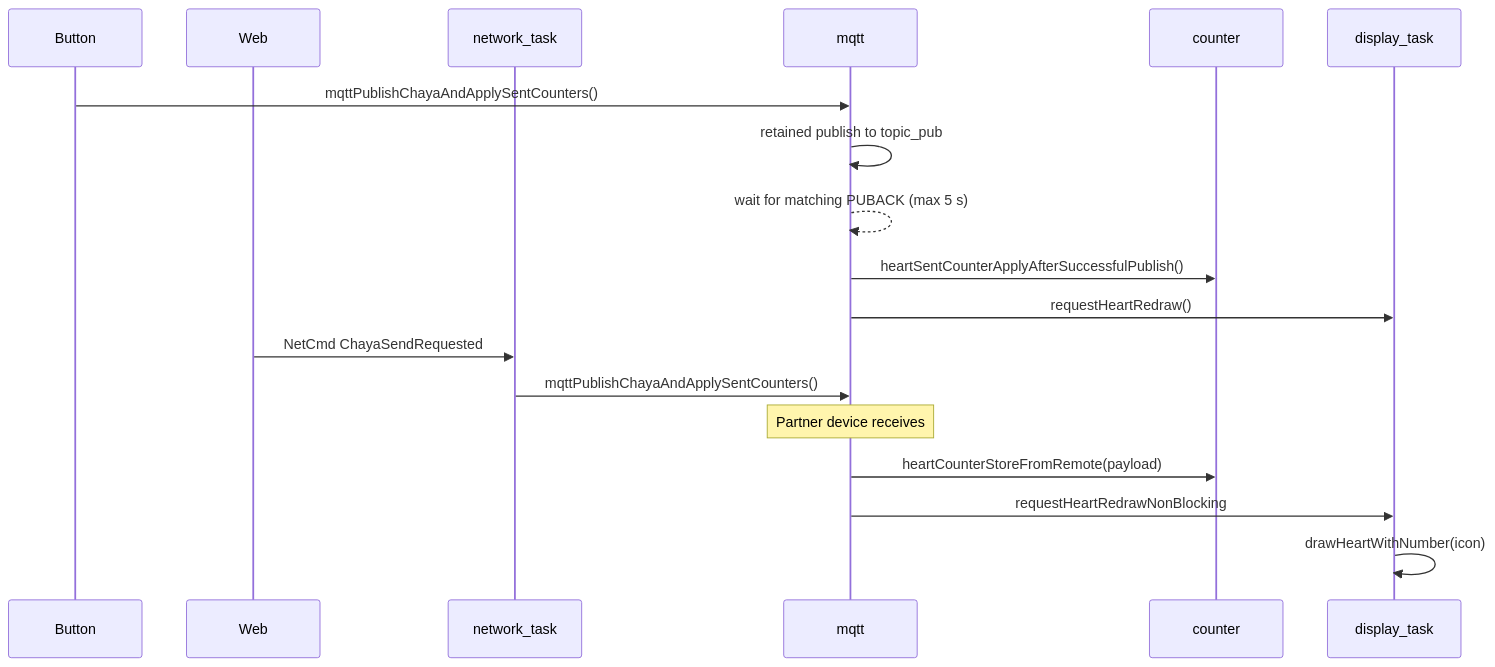
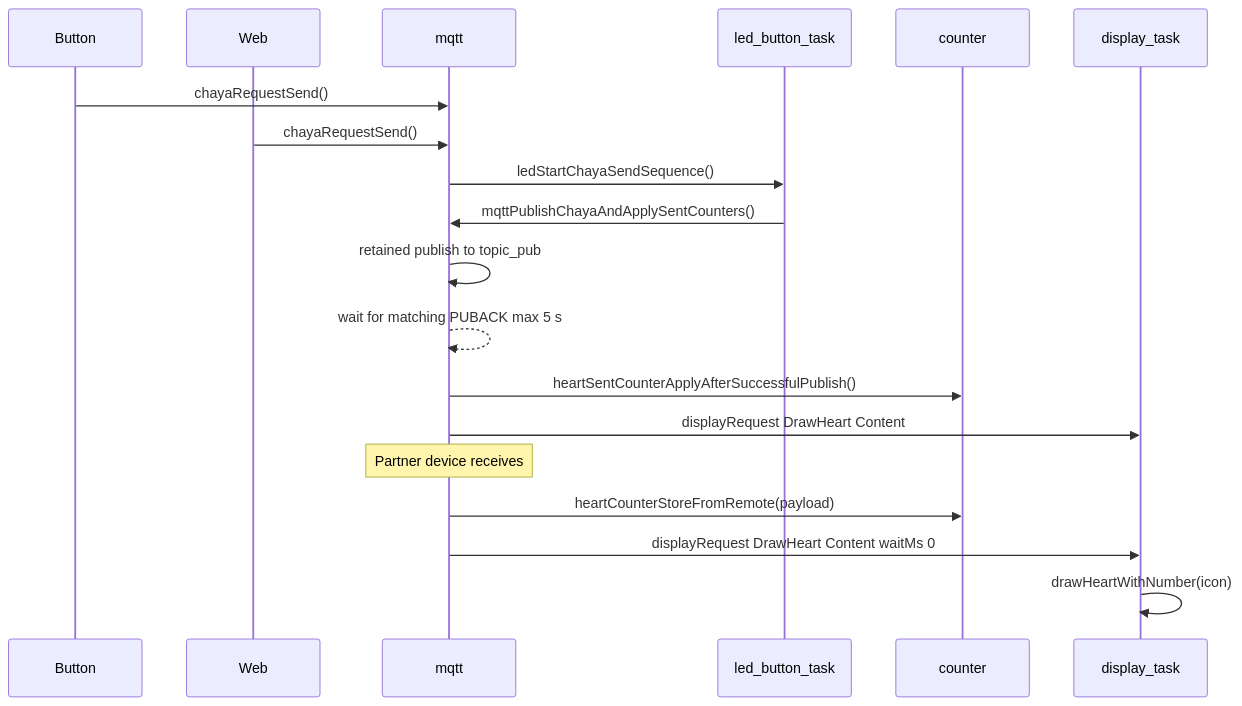
Before and after one commit to EyJunge1/chaya2mqtt: the third of 3 diagrams in docs/ARCHITECTURE.md, drawn with Mermaid. The commit also changed other lines of this file and 78 other files, not shown here.

````diff
--- a/docs/ARCHITECTURE.md
+++ b/docs/ARCHITECTURE.md
@@ -206,23 +209,23 @@
 ```mermaid
 sequenceDiagram
     participant B as Button
     participant W as Web
-    participant N as network_task
     participant M as mqtt
+    participant L as led_button_task
     participant C as counter
     participant D as display_task
 
-    B->>M: mqttPublishChayaAndApplySentCounters()
+    B->>M: chayaRequestSend()
+    W->>M: chayaRequestSend()
+    M->>L: ledStartChayaSendSequence()
+    L->>M: mqttPublishChayaAndApplySentCounters()
     M->>M: retained publish to topic_pub
-    M-->>M: wait for matching PUBACK (max 5 s)
+    M-->>M: wait for matching PUBACK max 5 s
     M->>C: heartSentCounterApplyAfterSuccessfulPublish()
-    M->>D: requestHeartRedraw()
-
-    W->>N: NetCmd ChayaSendRequested
-    N->>M: mqttPublishChayaAndApplySentCounters()
+    M->>D: displayRequest DrawHeart Content
 
     Note over M: Partner device receives
     M->>C: heartCounterStoreFromRemote(payload)
-    M->>D: requestHeartRedrawNonBlocking
+    M->>D: displayRequest DrawHeart Content waitMs 0
     D->>D: drawHeartWithNumber(icon)
 ```
````
